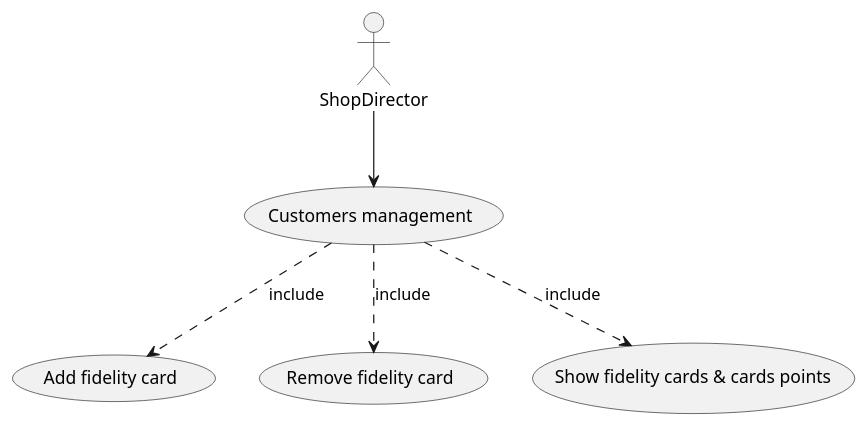
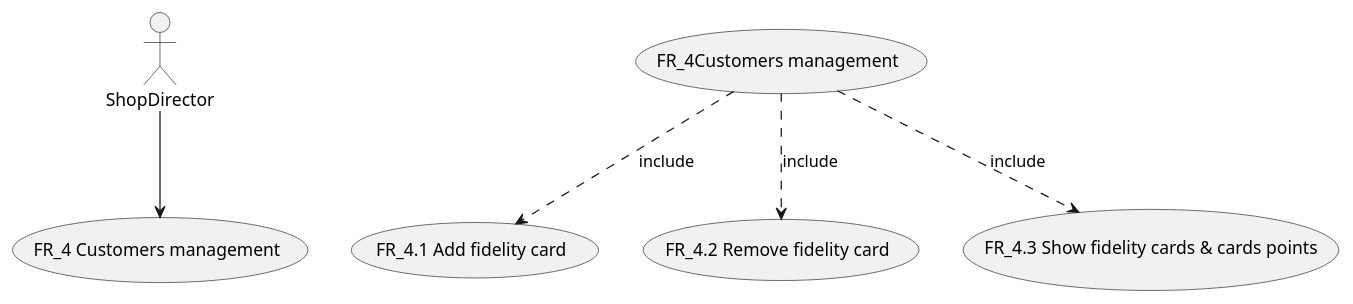
The sixth of 11 diagrams in Deliverables/RequirementsDocument.md (Stormz4/group20-EzShop), drawn with PlantUML before and after one commit. The commit also changed other lines of this file and 1 other file, not shown here.

Commit message:
Doc: Modified use case diagrams and matched the FRs with the use cases

````diff
--- a/Deliverables/RequirementsDocument.md
+++ b/Deliverables/RequirementsDocument.md
@@ -309,10 +309,10 @@
 ```plantuml
 @startuml
 
-:ShopDirector: --> (Customers management)
-(Customers management) ..> (Add fidelity card) : include
-(Customers management) ..> (Remove fidelity card) : include
-(Customers management) ..> (Show fidelity cards & cards points) : include
+:ShopDirector: --> (FR_4 Customers management)
+(FR_4Customers management) ..> (FR_4.1 Add fidelity card) : include
+(FR_4Customers management) ..> (FR_4.2 Remove fidelity card) : include
+(FR_4Customers management) ..> (FR_4.3 Show fidelity cards & cards points) : include
 
 @enduml
 ```
````
